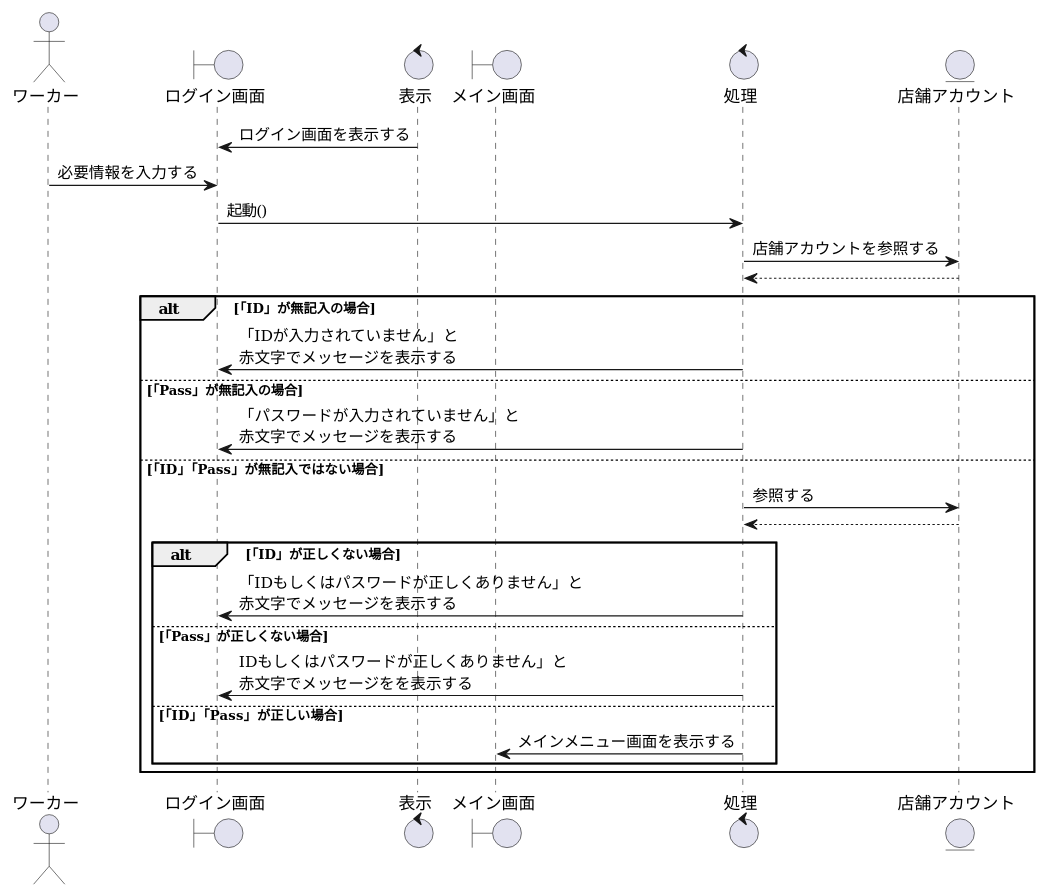
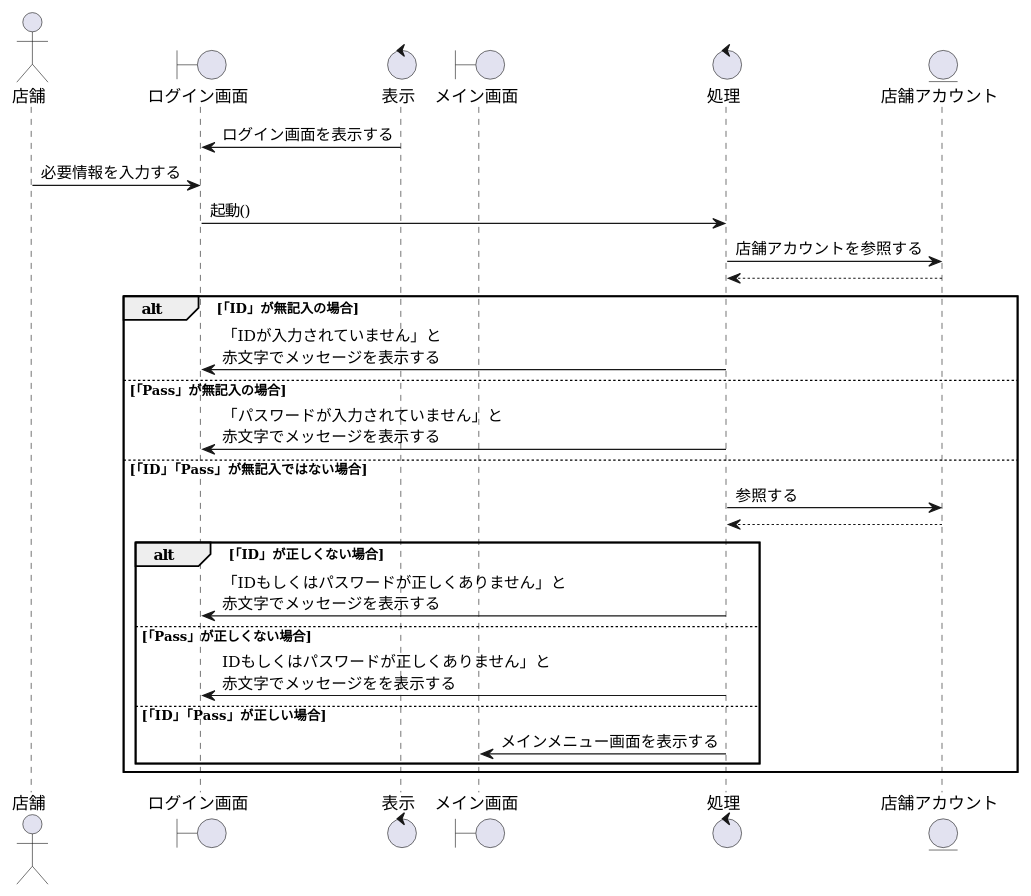
The diagram in login_out/店舗のアカウントでログインする.pu (irukacb256/high_Me), drawn with PlantUML before and after one commit. The commit also changed 5 other files, not shown here.

```diff
--- a/login_out/店舗のアカウントでログインする.pu
+++ b/login_out/店舗のアカウントでログインする.pu
@@ -1,44 +1,44 @@
 @startuml ワーカーログイン
 
 ' 1
-actor ワーカー as us1
+actor 店舗 as sh1
 boundary ログイン画面 as lo1
 control 表示 as co1
 
 boundary メイン画面 as sm1
 control 処理 as co2
 
 entity 店舗アカウント as en1
 
 ' 2
 co1 -> lo1 : ログイン画面を表示する
-us1 -> lo1 : 必要情報を入力する
+sh1 -> lo1 : 必要情報を入力する
 
 lo1 -> co2 : 起動()
 co2 -> en1 : 店舗アカウントを参照する
 en1 --> co2 
 
 alt 「ID」が無記入の場合
     co2 -> lo1 :「IDが入力されていません」と\n赤文字でメッセージを表示する
 
 else 「Pass」が無記入の場合
     co2 -> lo1 :「パスワードが入力されていません」と\n赤文字でメッセージを表示する
 
 else 「ID」「Pass」が無記入ではない場合
     ' 分岐を書く場合は必ず「～ではない場合」を書く
     ' 参照をしたら戻り値を破線で表す
     co2 -> en1 :参照する
     en1 --> co2 
     
     alt 「ID」が正しくない場合
         co2 -> lo1 :「IDもしくはパスワードが正しくありません」と\n赤文字でメッセージを表示する
 
     else 「Pass」が正しくない場合
         co2 -> lo1 : IDもしくはパスワードが正しくありません」と\n赤文字でメッセージをを表示する
 
     else 「ID」「Pass」が正しい場合
         co2 -> sm1 : メインメニュー画面を表示する
 
     end
 end    
 @enduml
```
